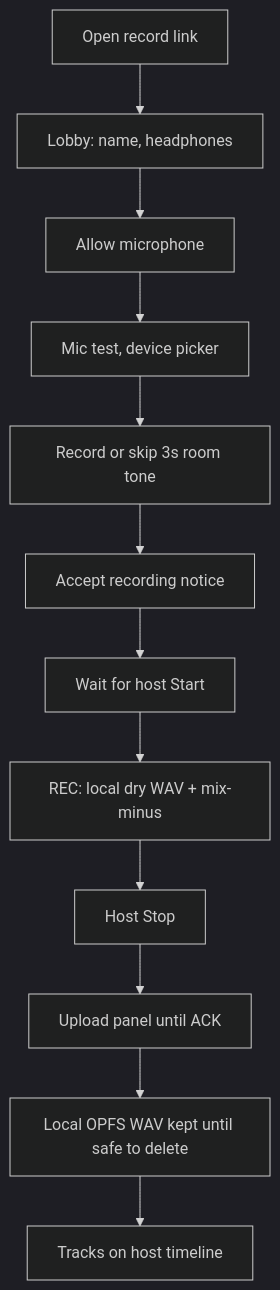
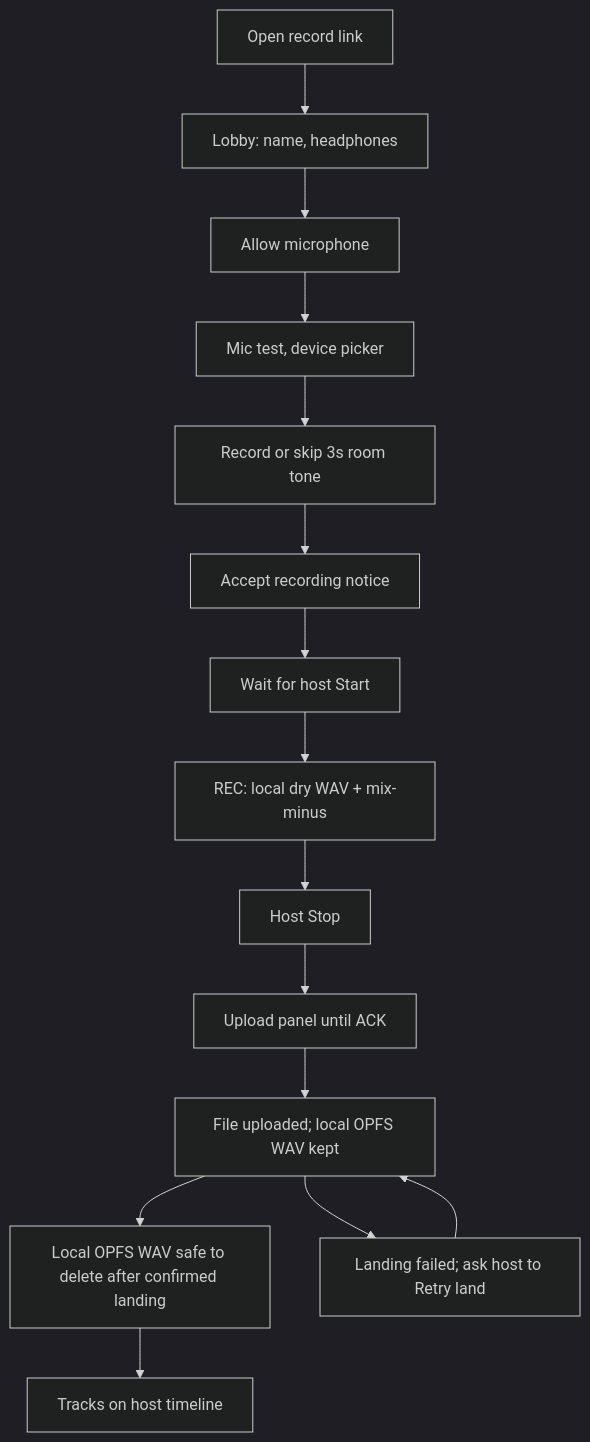
One commit to calebn/sharecut-studio changed the fifth of 6 diagrams in ux/pages/guest-journeys.md. Above: the diagram before and after it, drawn with Mermaid (dark theme). The commit also changed other lines of this file and 19 other files, not shown here.

````diff
--- a/ux/pages/guest-journeys.md
+++ b/ux/pages/guest-journeys.md
@@ -126,14 +126,17 @@
 ```mermaid
 flowchart TD
   open[Open record link] --> lobby[Lobby: name, headphones]
   lobby --> devices[Allow microphone]
   devices --> mic[Mic test, device picker]
   mic --> roomTone[Record or skip 3s room tone]
   roomTone --> consent[Accept recording notice]
   consent --> wait[Wait for host Start]
   wait --> rec[REC: local dry WAV + mix-minus]
   rec --> stop[Host Stop]
   stop --> upload[Upload panel until ACK]
-  upload --> opfs[Local OPFS WAV kept until safe to delete]
+  upload --> staged[File uploaded; local OPFS WAV kept]
+  staged --> opfs[Local OPFS WAV safe to delete after confirmed landing]
+  staged --> failed[Landing failed; ask host to Retry land]
+  failed --> staged
   opfs --> done[Tracks on host timeline]
 ```
````
